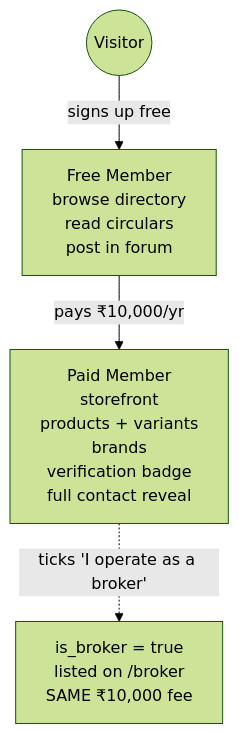
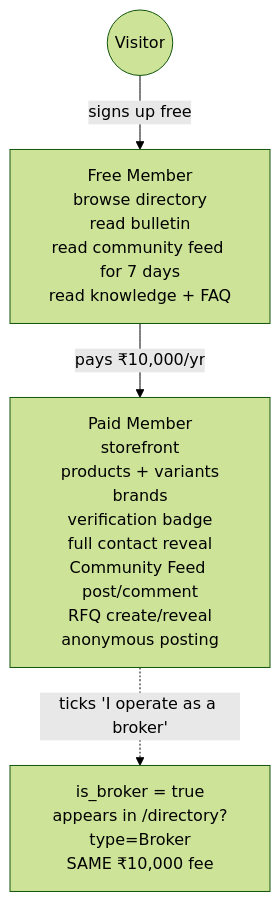
The first of 2 diagrams in src/content/docs/02-business-and-scope.md (arka97/mddma-test), drawn with Mermaid (forest theme) before and after one commit. The commit also changed other lines of this file and 7 other files, not shown here.

````diff
--- a/src/content/docs/02-business-and-scope.md
+++ b/src/content/docs/02-business-and-scope.md
@@ -29,6 +18,6 @@
 ```mermaid
 flowchart TD
-  Visitor((Visitor)) -->|signs up free| Free[Free Member<br/>browse directory<br/>read circulars<br/>post in forum]
-  Free -->|pays ₹10,000/yr| Paid[Paid Member<br/>storefront<br/>products + variants<br/>brands<br/>verification badge<br/>full contact reveal]
-  Paid -.ticks 'I operate as a broker'.-> Broker[is_broker = true<br/>listed on /broker<br/>SAME ₹10,000 fee]
+  Visitor((Visitor)) -->|signs up free| Free[Free Member<br/>browse directory<br/>read bulletin<br/>read community feed for 7 days<br/>read knowledge + FAQ]
+  Free -->|pays ₹10,000/yr| Paid[Paid Member<br/>storefront<br/>products + variants<br/>brands<br/>verification badge<br/>full contact reveal<br/>Community Feed post/comment<br/>RFQ create/reveal<br/>anonymous posting]
+  Paid -.ticks 'I operate as a broker'.-> Broker[is_broker = true<br/>appears in /directory?type=Broker<br/>SAME ₹10,000 fee]
 ```
````
